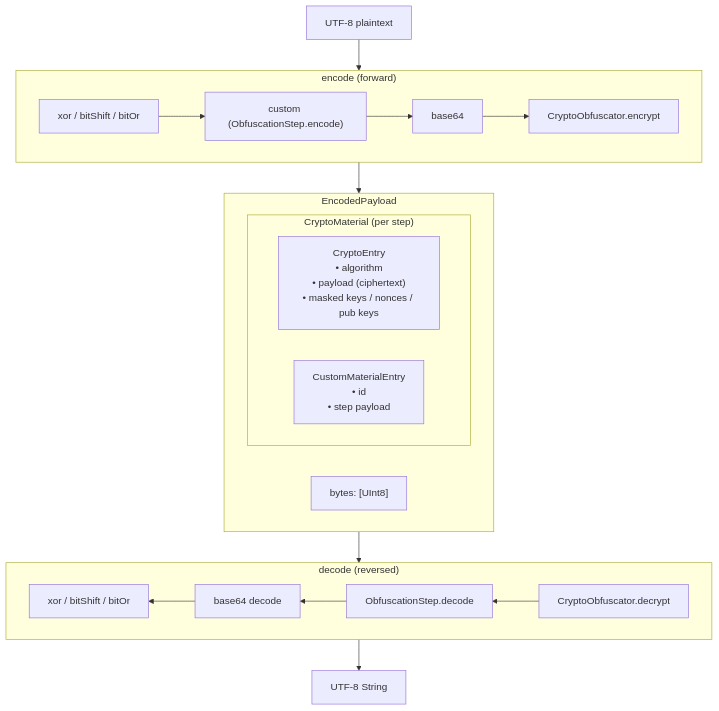
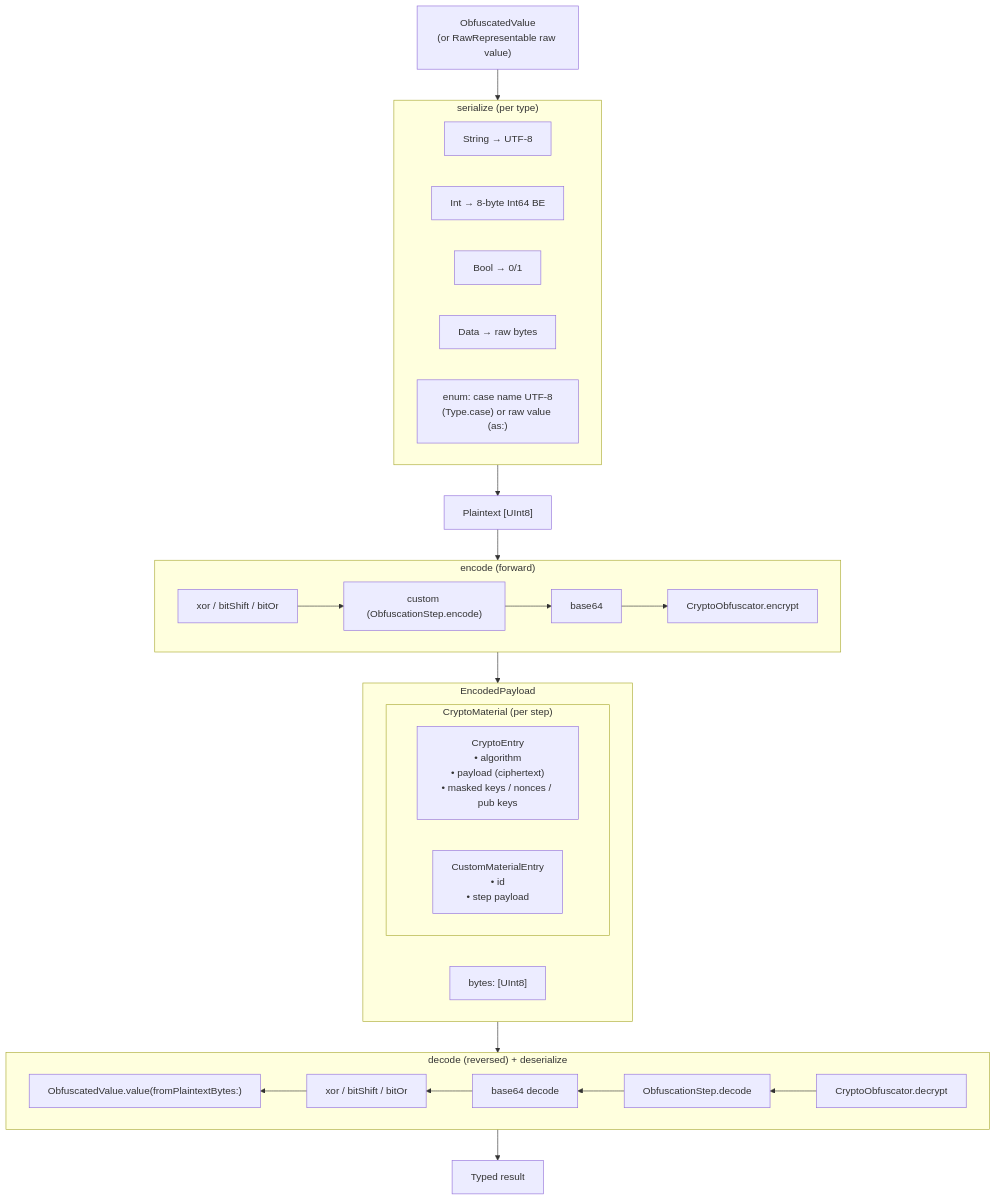
The fourth of 8 diagrams in docs/ARCHITECTURE.md (tomisacat/Obfuscated), drawn with Mermaid before and after one commit. The commit also changed other lines of this file and 17 other files, not shown here.

First line of the commit message:
Add typed value obfuscation for 2.1.0.

````diff
--- a/docs/ARCHITECTURE.md
+++ b/docs/ARCHITECTURE.md
@@ -121,38 +127,50 @@
 ```mermaid
 flowchart TB
-    IN["UTF-8 plaintext"] --> ENC
+    VAL["ObfuscatedValue\n(or RawRepresentable raw value)"] --> SER
+
+    subgraph SER["serialize (per type)"]
+        S1["String → UTF-8"]
+        S2["Int → 8-byte Int64 BE"]
+        S3["Bool → 0/1"]
+        S4["Data → raw bytes"]
+        S5["enum: case name UTF-8\n(Type.case) or raw value (as:)"]
+    end
+
+    SER --> IN["Plaintext [UInt8]"]
+    IN --> ENC
 
     subgraph ENC["encode (forward)"]
         direction LR
         E1["xor / bitShift / bitOr"]
         E1b["custom (ObfuscationStep.encode)"]
         E2["base64"]
         E3["CryptoObfuscator.encrypt"]
         E1 --> E1b --> E2 --> E3
     end
 
     ENC --> OUT["EncodedPayload"]
 
     subgraph OUT["EncodedPayload"]
         BYTES["bytes: [UInt8]"]
         MATBOX["material: CryptoMaterial"]
     end
 
     subgraph MATBOX["CryptoMaterial (per step)"]
         ENTRY["CryptoEntry\n• algorithm\n• payload (ciphertext)\n• masked keys / nonces / pub keys"]
         CUSTOM["CustomMaterialEntry\n• id\n• step payload"]
     end
 
     OUT --> DEC
 
-    subgraph DEC["decode (reversed)"]
+    subgraph DEC["decode (reversed) + deserialize"]
         direction RL
         D3["CryptoObfuscator.decrypt"]
         D3b["ObfuscationStep.decode"]
         D2["base64 decode"]
         D1["xor / bitShift / bitOr"]
-        D3 --> D3b --> D2 --> D1
+        D0["ObfuscatedValue.value(fromPlaintextBytes:)"]
+        D3 --> D3b --> D2 --> D1 --> D0
     end
 
-    DEC --> UTF["UTF-8 String"]
+    DEC --> TYPED["Typed result"]
 ```
````
